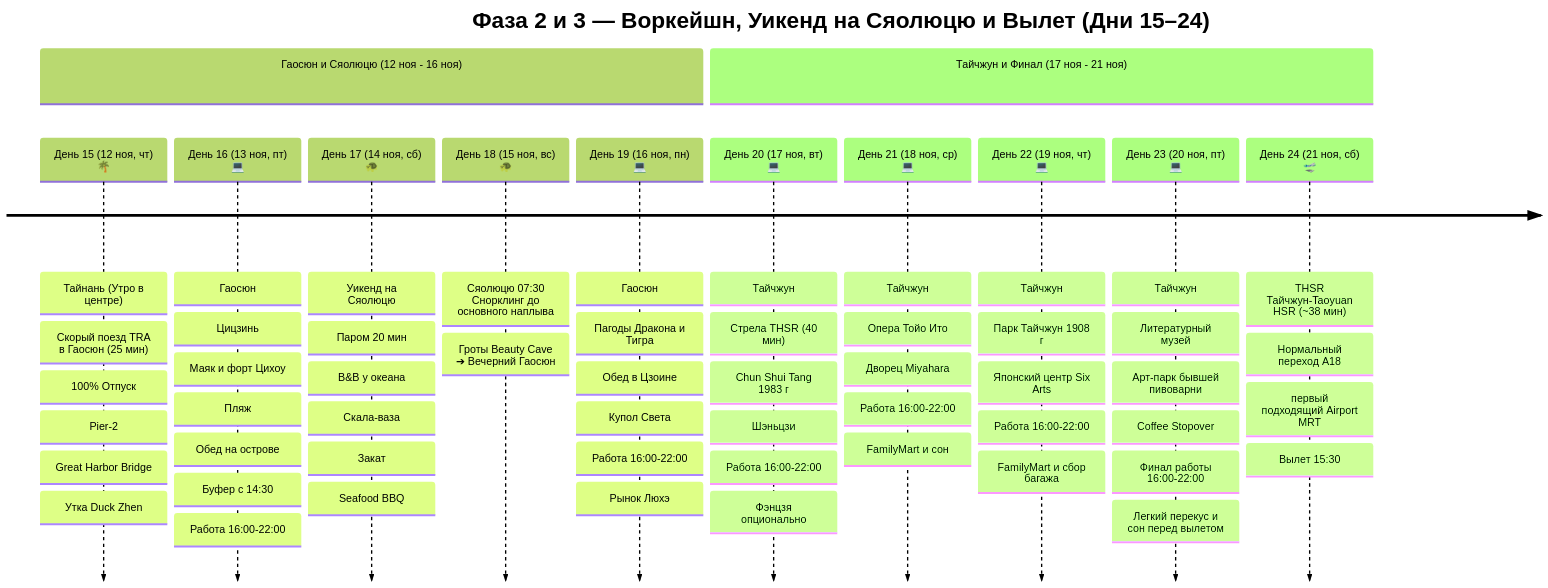
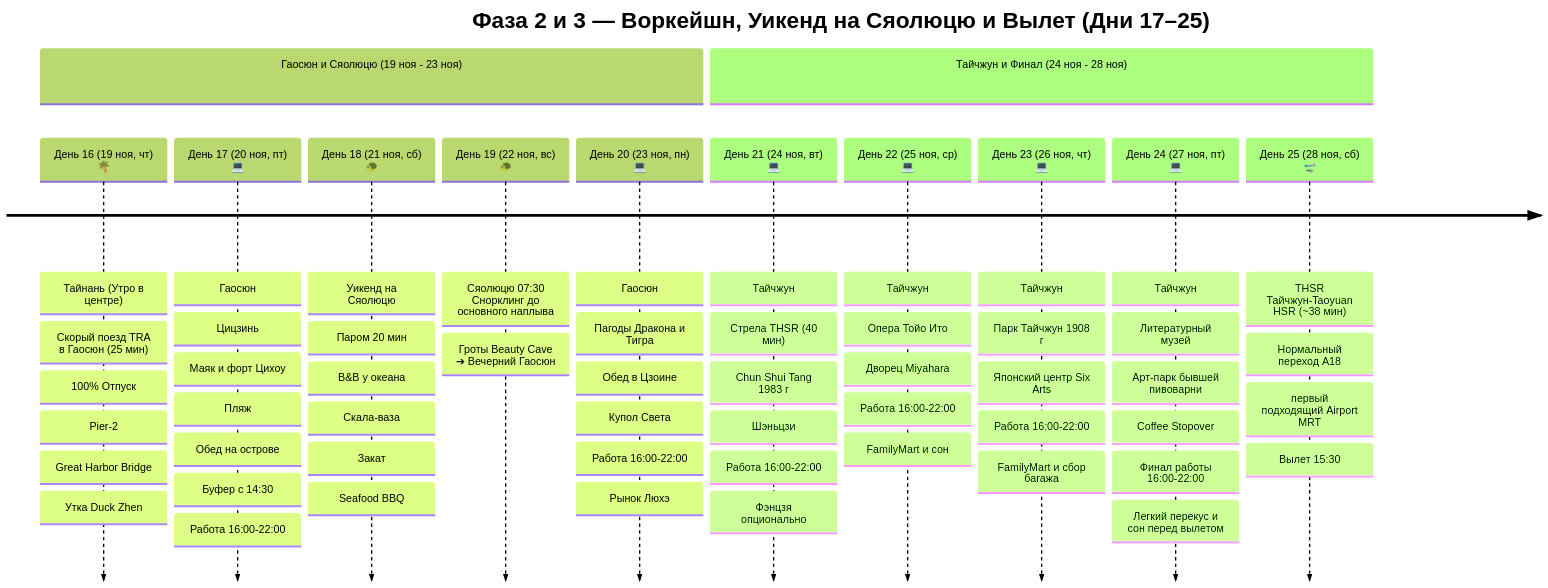
Before and after one commit to injurka/obsidian-mark: the second of 2 diagrams in Personal Note/Travel/-- Taiwan/Taiwan.md, drawn with Mermaid (forest theme). The commit also changed other lines of this file and 156 other files, not shown here.

````diff
--- a/Personal Note/Travel/-- Taiwan/Taiwan.md
+++ b/Personal Note/Travel/-- Taiwan/Taiwan.md
@@ -74,16 +70,16 @@
 ```mermaid
 timeline
-    title Фаза 2 и 3 — Воркейшн, Уикенд на Сяолюцю и Вылет (Дни 15–24)
-    section Гаосюн и Сяолюцю (12 ноя - 16 ноя)
-        День 15 (12 ноя, чт) 🌴 : Тайнань (Утро в центре) : Скорый поезд TRA в Гаосюн (25 мин) : 100% Отпуск : Pier-2 : Great Harbor Bridge : Утка Duck Zhen
-        День 16 (13 ноя, пт) 💻 : Гаосюн : Цицзинь : Маяк и форт Цихоу : Пляж : Обед на острове : Буфер с 14:30 : Работа 16:00-22:00
-        День 17 (14 ноя, сб) 🐢 : Уикенд на Сяолюцю : Паром 20 мин : B&B у океана : Скала-ваза : Закат : Seafood BBQ
-        День 18 (15 ноя, вс) 🐢 : Сяолюцю 07:30 Снорклинг до основного наплыва : Гроты Beauty Cave ➔ Вечерний Гаосюн
-        День 19 (16 ноя, пн) 💻 : Гаосюн : Пагоды Дракона и Тигра : Обед в Цзоине : Купол Света : Работа 16:00-22:00 : Рынок Люхэ
-    section Тайчжун и Финал (17 ноя - 21 ноя)
-        День 20 (17 ноя, вт) 💻 : Тайчжун : Стрела THSR (40 мин) : Chun Shui Tang 1983 г : Шэньцзи : Работа 16:00-22:00 : Фэнцзя опционально
-        День 21 (18 ноя, ср) 💻 : Тайчжун : Опера Тойо Ито : Дворец Miyahara : Работа 16:00-22:00 : FamilyMart и сон
-        День 22 (19 ноя, чт) 💻 : Тайчжун : Парк Тайчжун 1908 г : Японский центр Six Arts : Работа 16:00-22:00 : FamilyMart и сбор багажа
-        День 23 (20 ноя, пт) 💻 : Тайчжун : Литературный музей : Арт-парк бывшей пивоварни : Coffee Stopover : Финал работы 16:00-22:00 : Легкий перекус и сон перед вылетом
-        День 24 (21 ноя, сб) 🛫 : THSR Тайчжун-Taoyuan HSR (~38 мин) : Нормальный переход A18 : первый подходящий Airport MRT : Вылет 15:30
+    title Фаза 2 и 3 — Воркейшн, Уикенд на Сяолюцю и Вылет (Дни 17–25)
+    section Гаосюн и Сяолюцю (19 ноя - 23 ноя)
+        День 16 (19 ноя, чт) 🌴 : Тайнань (Утро в центре) : Скорый поезд TRA в Гаосюн (25 мин) : 100% Отпуск : Pier-2 : Great Harbor Bridge : Утка Duck Zhen
+        День 17 (20 ноя, пт) 💻 : Гаосюн : Цицзинь : Маяк и форт Цихоу : Пляж : Обед на острове : Буфер с 14:30 : Работа 16:00-22:00
+        День 18 (21 ноя, сб) 🐢 : Уикенд на Сяолюцю : Паром 20 мин : B&B у океана : Скала-ваза : Закат : Seafood BBQ
+        День 19 (22 ноя, вс) 🐢 : Сяолюцю 07:30 Снорклинг до основного наплыва : Гроты Beauty Cave ➔ Вечерний Гаосюн
+        День 20 (23 ноя, пн) 💻 : Гаосюн : Пагоды Дракона и Тигра : Обед в Цзоине : Купол Света : Работа 16:00-22:00 : Рынок Люхэ
+    section Тайчжун и Финал (24 ноя - 28 ноя)
+        День 21 (24 ноя, вт) 💻 : Тайчжун : Стрела THSR (40 мин) : Chun Shui Tang 1983 г : Шэньцзи : Работа 16:00-22:00 : Фэнцзя опционально
+        День 22 (25 ноя, ср) 💻 : Тайчжун : Опера Тойо Ито : Дворец Miyahara : Работа 16:00-22:00 : FamilyMart и сон
+        День 23 (26 ноя, чт) 💻 : Тайчжун : Парк Тайчжун 1908 г : Японский центр Six Arts : Работа 16:00-22:00 : FamilyMart и сбор багажа
+        День 24 (27 ноя, пт) 💻 : Тайчжун : Литературный музей : Арт-парк бывшей пивоварни : Coffee Stopover : Финал работы 16:00-22:00 : Легкий перекус и сон перед вылетом
+        День 25 (28 ноя, сб) 🛫 : THSR Тайчжун-Taoyuan HSR (~38 мин) : Нормальный переход A18 : первый подходящий Airport MRT : Вылет 15:30
 ```
````
